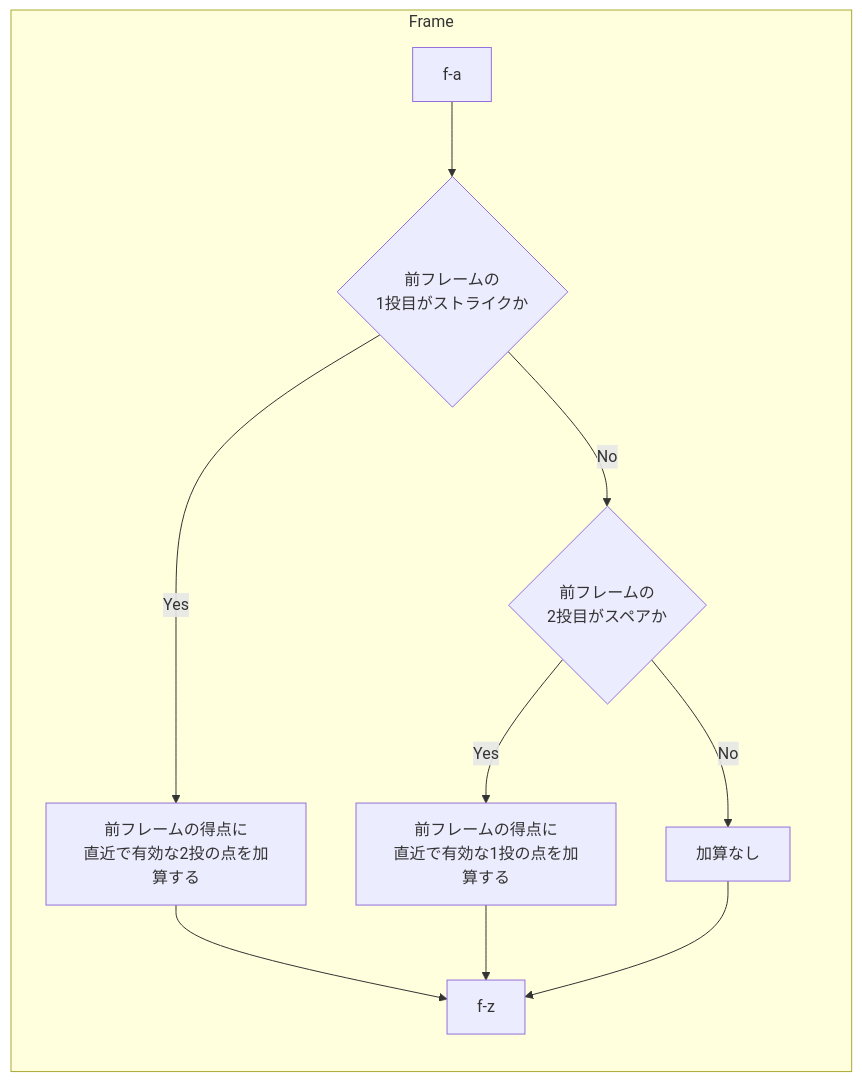
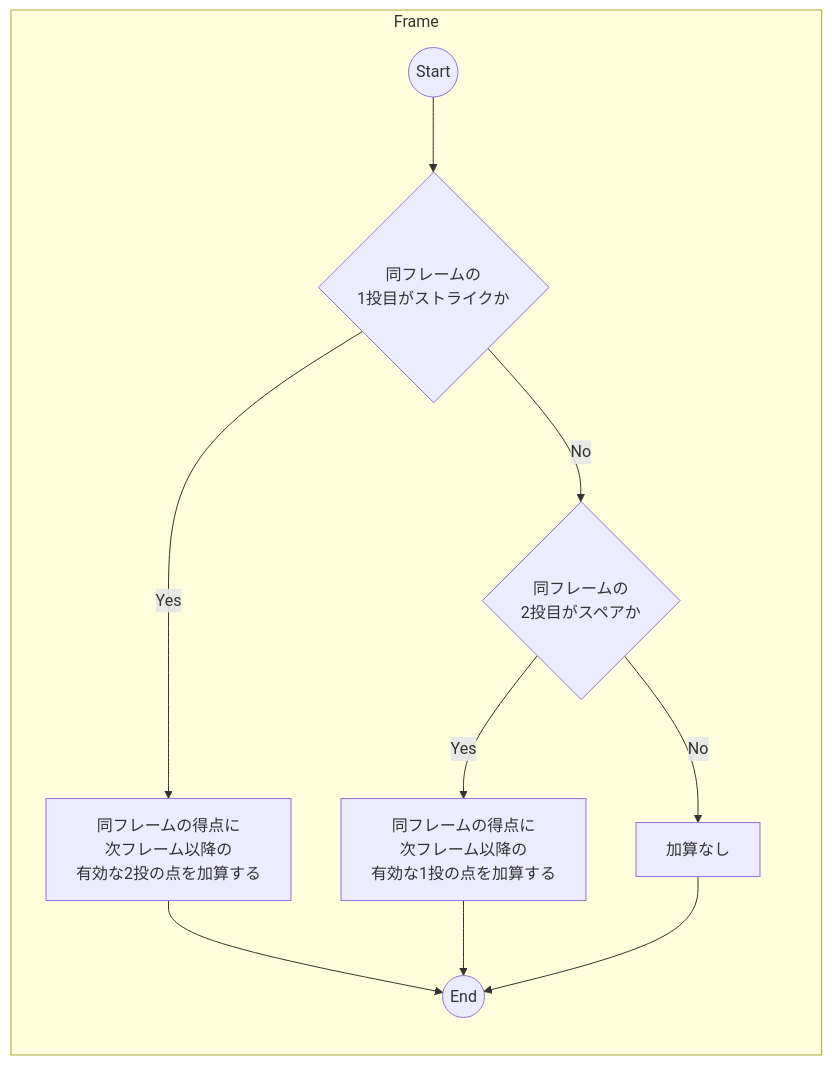
Before and after one commit to maeda-m/ruby-practices: the fourth of 4 diagrams in 04.bowling/NOTE.md, drawn with Mermaid. The commit also changed other lines of this file and 1 other file, not shown here.

````diff
--- a/04.bowling/NOTE.md
+++ b/04.bowling/NOTE.md
@@ -123,14 +123,14 @@
 ```mermaid
 flowchart LR
   subgraph Frame
-    f-score-judge-first-bowl-is-strike{前フレームの<br>1投目がストライクか}
-    f-score-judge-second-bowl-is-spare{前フレームの<br>2投目がスペアか}
+    f-score-judge-first-shot-is-strike{同フレームの<br>1投目がストライクか}
+    f-score-judge-second-shot-is-spare{同フレームの<br>2投目がスペアか}
 
-    f-a --> f-score-judge-first-bowl-is-strike
-    f-score-judge-first-bowl-is-strike -- Yes --> f-increment-score-to-before-frame-p1[前フレームの得点に<br>直近で有効な2投の点を加算する] --> f-z
-    f-score-judge-first-bowl-is-strike -- No --> f-score-judge-second-bowl-is-spare
+    f-a((Start)) --> f-score-judge-first-shot-is-strike
+    f-score-judge-first-shot-is-strike -- Yes --> f-increment-score-to-before-frame-p1[同フレームの得点に<br>次フレーム以降の<br>有効な2投の点を加算する] --> f-z((End))
+    f-score-judge-first-shot-is-strike -- No --> f-score-judge-second-shot-is-spare
 
-    f-score-judge-second-bowl-is-spare -- Yes --> f-increment-score-to-before-frame-p2[前フレームの得点に<br>直近で有効な1投の点を加算する] --> f-z
-    f-score-judge-second-bowl-is-spare -- No --> f-increment-score-to-before-frame-p3[加算なし] --> f-z
+    f-score-judge-second-shot-is-spare -- Yes --> f-increment-score-to-before-frame-p2[同フレームの得点に<br>次フレーム以降の<br>有効な1投の点を加算する] --> f-z
+    f-score-judge-second-shot-is-spare -- No --> f-increment-score-to-before-frame-p3[加算なし] --> f-z
   end
 ```
````
